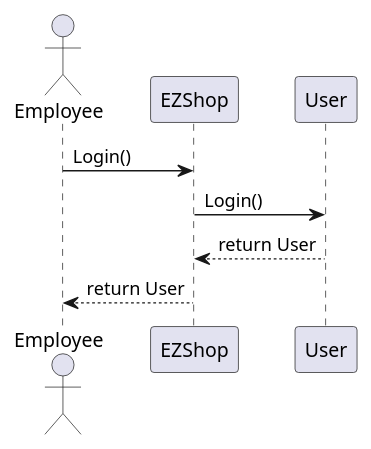
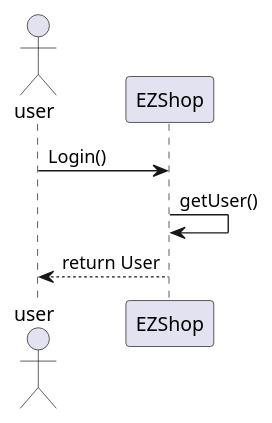
Diagram 16 of 28 in Deliverables/DesignDocument.md (giuseppesalvi/ezshop), drawn with PlantUML before and after one commit. The commit also changed other lines of this file, not shown here.

Commit message:
Update DesignDocument.md: sequence diagram, class diagram, package diagram

````diff
--- a/Deliverables/DesignDocument.md
+++ b/Deliverables/DesignDocument.md
@@ -500,11 +507,9 @@
 ```plantuml 
 @startuml
-Actor Employee
+Actor user
 participant EZShop
-participant User
-Employee -> EZShop : Login()
-EZShop -> User : Login()
-EZShop <-- User : return User
-Employee <-- EZShop : return User
+user -> EZShop : Login()
+EZShop -> EZShop : getUser()
+user <-- EZShop : return User
 @enduml
 ```
````
